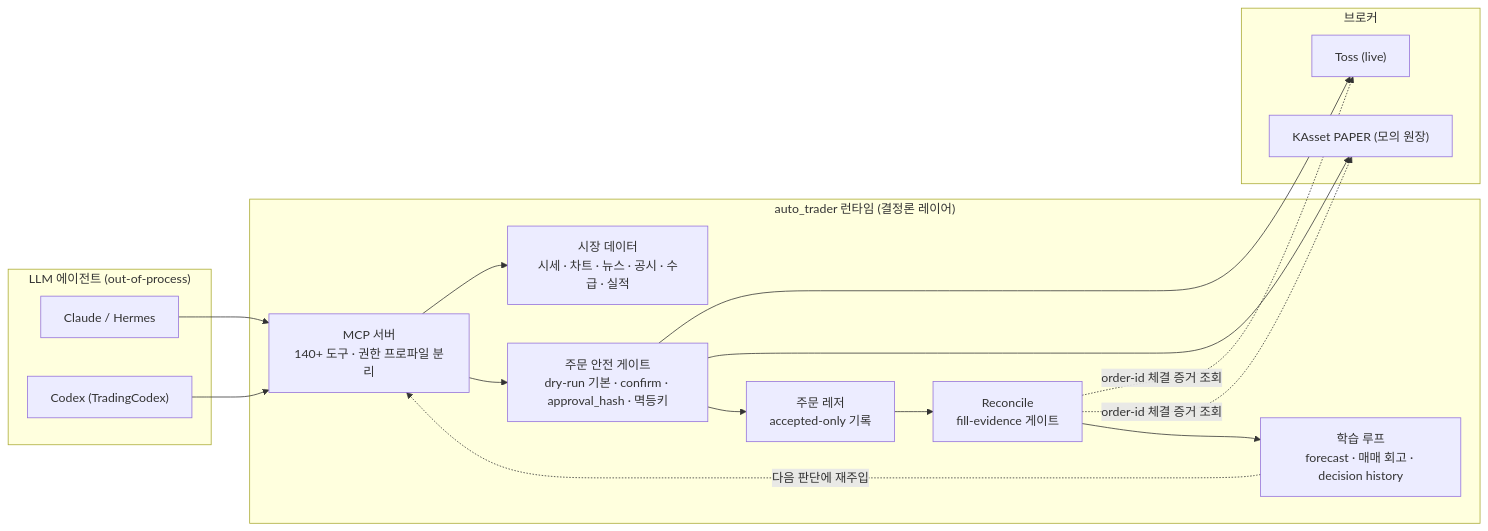
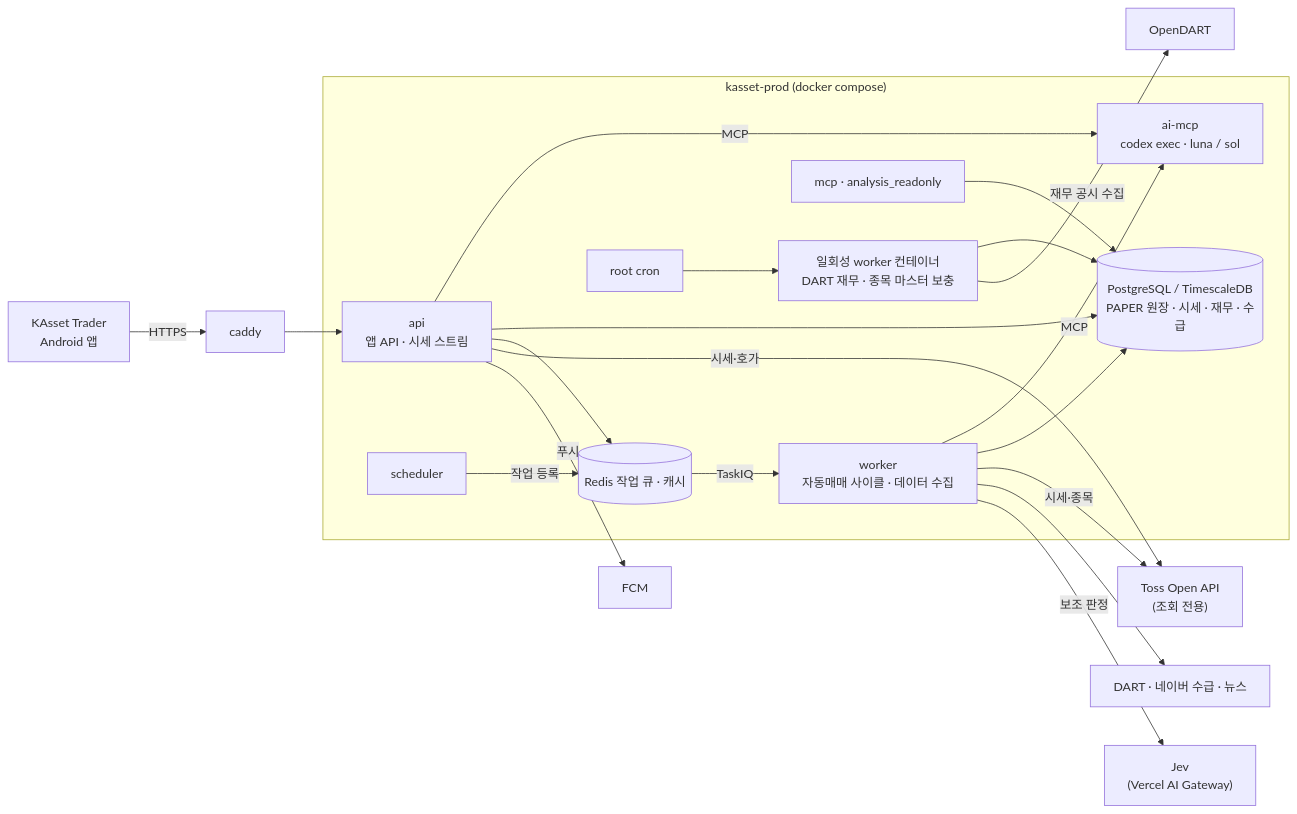
One commit to gim47656-ship-it/KAsset-Trader-Core changed the diagram in README.md. Above: the diagram before and after it, drawn with Mermaid. The commit also changed other lines of this file and 3 other files, not shown here.

````diff
--- a/README.md
+++ b/README.md
@@ -13,31 +20,26 @@
 ```mermaid
 flowchart LR
-    subgraph Agents["LLM 에이전트 (out-of-process)"]
-        A1["Claude / Hermes"]
-        A2["Codex (TradingCodex)"]
+    APP["KAsset Trader<br/>Android 앱"] -->|HTTPS| CADDY["caddy"]
+    CADDY --> API["api<br/>앱 API · 시세 스트림"]
+
+    subgraph Server["kasset-prod (docker compose)"]
+        API
+        SCHED["scheduler"] -->|작업 등록| REDIS[("Redis 작업 큐 · 캐시")]
+        REDIS -->|TaskIQ| WORKER["worker<br/>자동매매 사이클 · 데이터 수집"]
+        WORKER -->|MCP| AIMCP["ai-mcp<br/>codex exec · luna / sol"]
+        API -->|MCP| AIMCP
+        API --> DB[("PostgreSQL / TimescaleDB<br/>PAPER 원장 · 시세 · 재무 · 수급")]
+        WORKER --> DB
+        API --> REDIS
+        MCP["mcp · analysis_readonly"] --> DB
+        CRON["root cron"] --> JOB["일회성 worker 컨테이너<br/>DART 재무 · 종목 마스터 보충"]
+        JOB --> DB
     end
 
-    subgraph Runtime["auto_trader 런타임 (결정론 레이어)"]
-        MCP["MCP 서버<br/>140+ 도구 · 권한 프로파일 분리"]
-        DATA["시장 데이터<br/>시세 · 차트 · 뉴스 · 공시 · 수급 · 실적"]
-        GATE["주문 안전 게이트<br/>dry-run 기본 · confirm · approval_hash · 멱등키"]
-        LEDGER["주문 레저<br/>accepted-only 기록"]
-        REC["Reconcile<br/>fill-evidence 게이트"]
-        LOOP["학습 루프<br/>forecast · 매매 회고 · decision history"]
-    end
-
-    subgraph Brokers["브로커"]
-        B1["Toss (live)"]
-        B2["KAsset PAPER (모의 원장)"]
-    end
-
-    A1 & A2 --> MCP
-    MCP --> DATA
-    MCP --> GATE
-    GATE --> B1 & B2
-    GATE --> LEDGER
-    LEDGER --> REC
-    REC -. "order-id 체결 증거 조회" .-> B1 & B2
-    REC --> LOOP
-    LOOP -. "다음 판단에 재주입" .-> MCP
+    WORKER -->|시세·종목| TOSS["Toss Open API<br/>(조회 전용)"]
+    API -->|시세·호가| TOSS
+    WORKER --> EXT["DART · 네이버 수급 · 뉴스"]
+    JOB -->|재무 공시 수집| DART["OpenDART"]
+    WORKER -->|보조 판정| JEV["Jev<br/>(Vercel AI Gateway)"]
+    API -->|푸시| FCM["FCM"]
 ```
````
